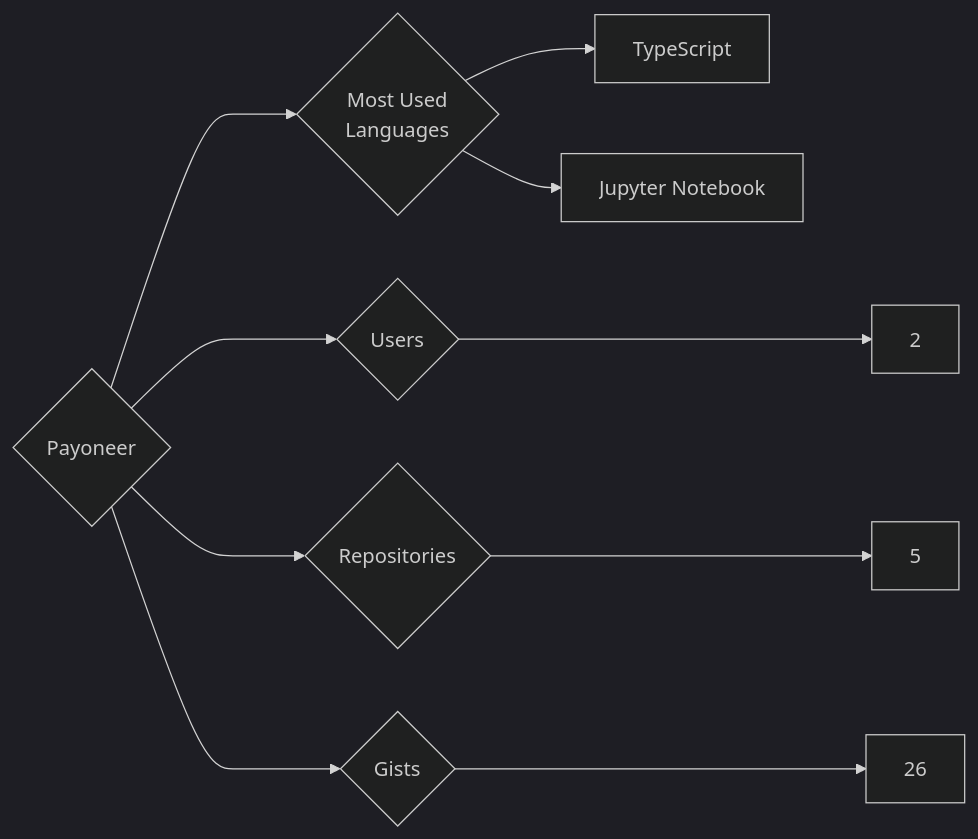
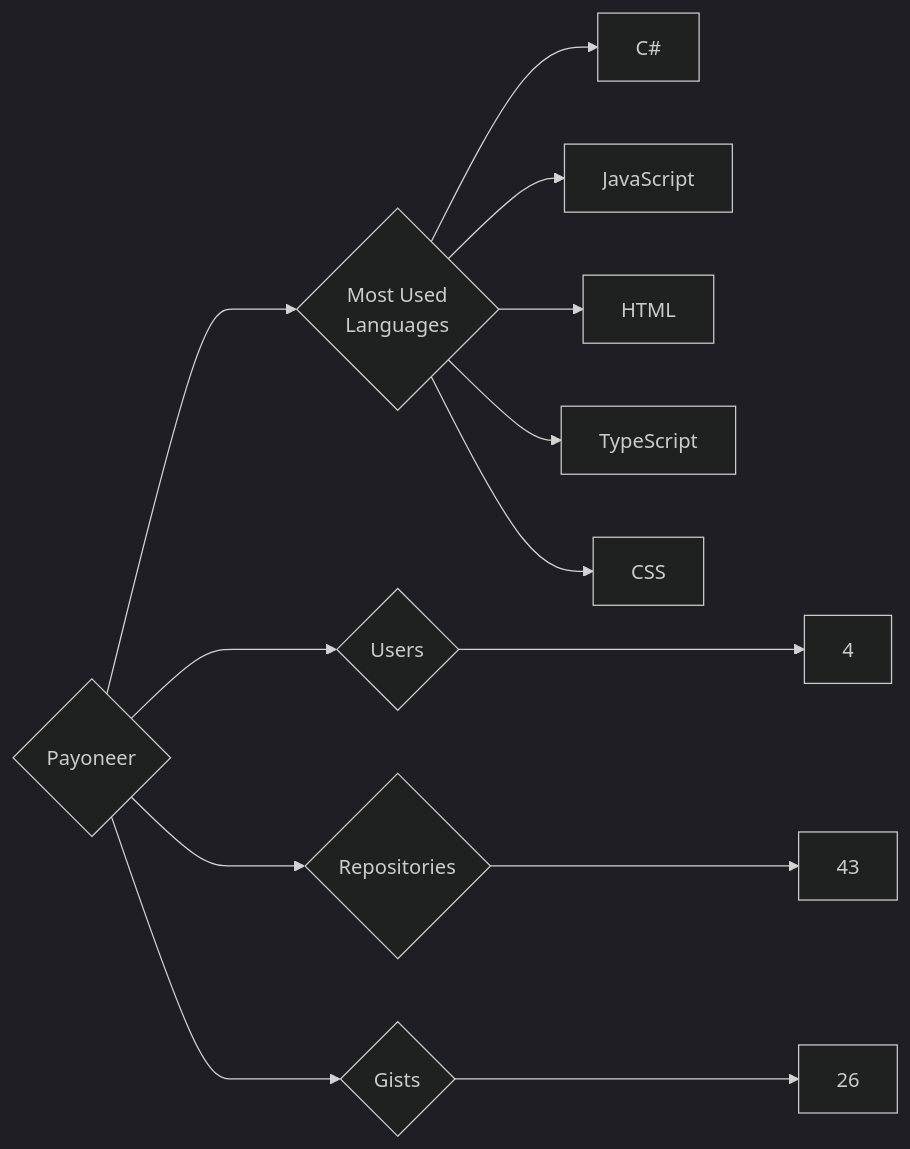
One commit to trickest/insiders changed the diagram in targets/Payoneer/README.md. Above: the diagram before and after it, drawn with Mermaid (dark theme). The commit also changed 823 other files, not shown here.

````diff
--- a/targets/Payoneer/README.md
+++ b/targets/Payoneer/README.md
@@ -3,10 +3,13 @@
 ```mermaid
 graph LR
 COMPANY_NAME{Payoneer}
-COMPANY_NAME ---> U{Users} ---> UN[2]
-COMPANY_NAME ---> R{Repositories} ---> RN[5]
+COMPANY_NAME ---> U{Users} ---> UN[4]
+COMPANY_NAME ---> R{Repositories} ---> RN[43]
 COMPANY_NAME ---> G{Gists} ---> GN[26]
 COMPANY_NAME ---> ML{Most Used<br>Languages}
+ML --> C#[C#]
+ML --> JavaScript[JavaScript]
+ML --> HTML[HTML]
 ML --> TypeScript[TypeScript]
-ML --> Jupyter_Notebook[Jupyter Notebook]
+ML --> CSS[CSS]
 ```
````
